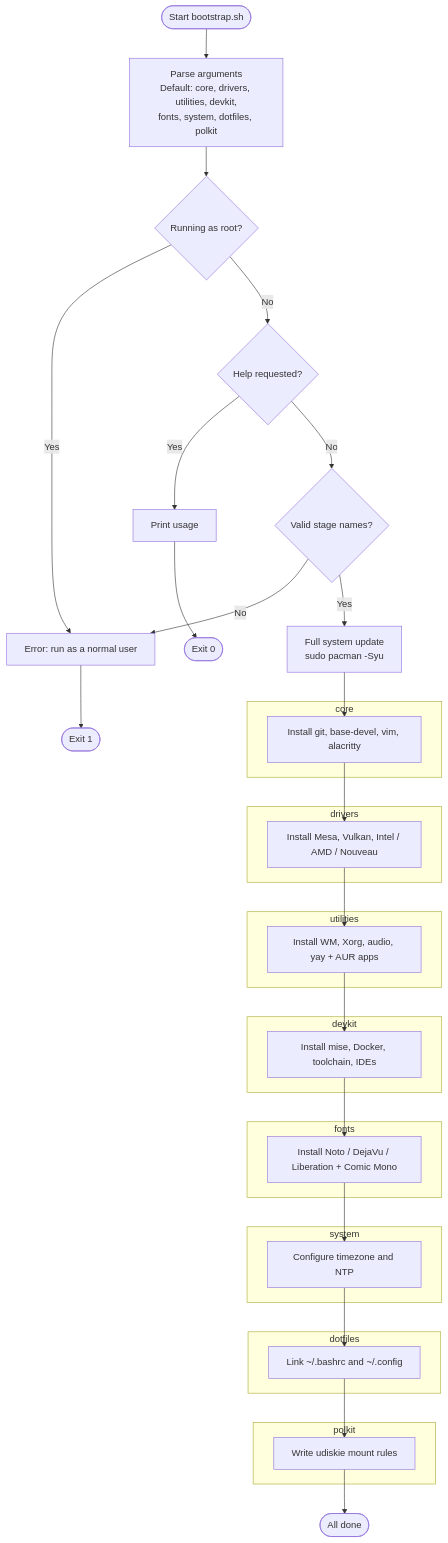
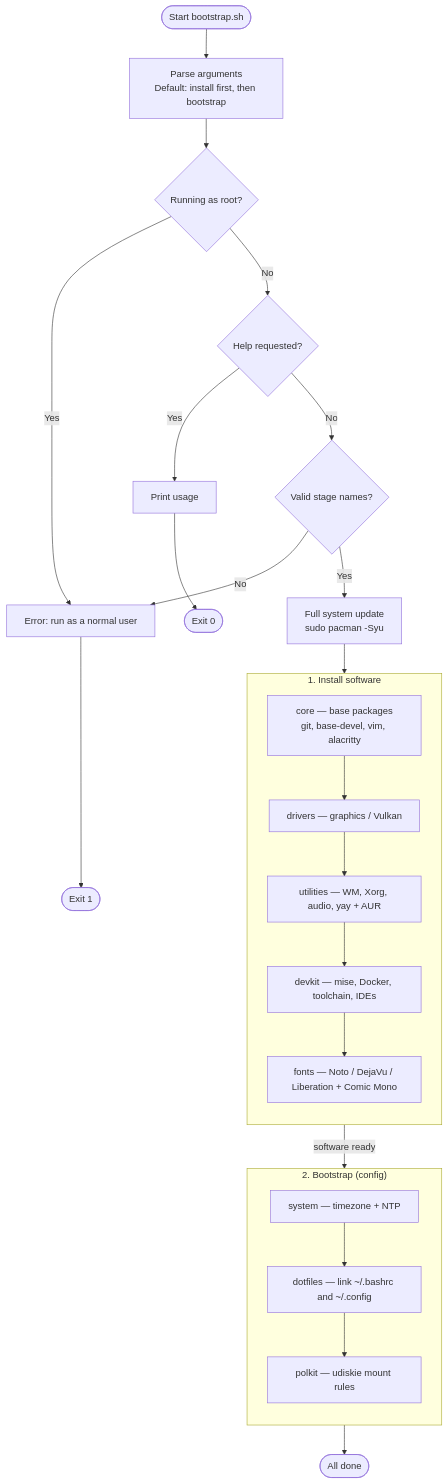
The diagram in linux/arch/ARCHITECTURE.md (phsnia/dotfiles), drawn with Mermaid before and after one commit. The commit also changed 8 other files, not shown here.

````diff
--- a/linux/arch/ARCHITECTURE.md
+++ b/linux/arch/ARCHITECTURE.md
@@ -1,42 +1,37 @@
 ```mermaid
 flowchart TD
-    START([Start bootstrap.sh]) --> ARGS["Parse arguments<br/>Default: core, drivers, utilities, devkit,<br/>fonts, system, dotfiles, polkit"]
+    START([Start bootstrap.sh]) --> ARGS["Parse arguments<br/>Default: install first, then bootstrap"]
     ARGS --> ROOT{Running as root?}
     ROOT -->|Yes| ERR["Error: run as a normal user"]
     ROOT -->|No| HELP{Help requested?}
     HELP -->|Yes| USAGE["Print usage"]
     USAGE --> EXIT0([Exit 0])
     HELP -->|No| VALID{Valid stage names?}
     VALID -->|No| ERR
     VALID -->|Yes| UPDATE["Full system update<br/>sudo pacman -Syu"]
 
-    subgraph CORE["core"]
-        C1["Install git, base-devel, vim, alacritty"]
-    end
-    subgraph DRIVERS["drivers"]
-        D1["Install Mesa, Vulkan, Intel / AMD / Nouveau"]
-    end
-    subgraph UTILITIES["utilities"]
-        U1["Install WM, Xorg, audio, yay + AUR apps"]
-    end
-    subgraph DEVKIT["devkit"]
-        K1["Install mise, Docker, toolchain, IDEs"]
-    end
-    subgraph FONTS["fonts"]
-        F1["Install Noto / DejaVu / Liberation + Comic Mono"]
-    end
-    subgraph SYSTEM["system"]
-        S1["Configure timezone and NTP"]
-    end
-    subgraph DOTFILES["dotfiles"]
-        DF1["Link ~/.bashrc and ~/.config"]
-    end
-    subgraph POLKIT["polkit"]
-        P1["Write udiskie mount rules"]
+    UPDATE --> CORE
+
+    subgraph INSTALL["1. Install software"]
+        direction TB
+        CORE["core — base packages<br/>git, base-devel, vim, alacritty"]
+        DRIVERS["drivers — graphics / Vulkan"]
+        UTILITIES["utilities — WM, Xorg, audio, yay + AUR"]
+        DEVKIT["devkit — mise, Docker, toolchain, IDEs"]
+        FONTS["fonts — Noto / DejaVu / Liberation + Comic Mono"]
+        CORE --> DRIVERS --> UTILITIES --> DEVKIT --> FONTS
     end
 
-    UPDATE --> C1
-    C1 --> D1 --> U1 --> K1 --> F1 --> S1 --> DF1 --> P1
-    P1 --> DONE([All done])
+    FONTS -->|"software ready"| SYSTEM
+
+    subgraph BOOTSTRAP["2. Bootstrap (config)"]
+        direction TB
+        SYSTEM["system — timezone + NTP"]
+        DOTFILES["dotfiles — link ~/.bashrc and ~/.config"]
+        POLKIT["polkit — udiskie mount rules"]
+        SYSTEM --> DOTFILES --> POLKIT
+    end
+
+    POLKIT --> DONE([All done])
     ERR --> EXIT1([Exit 1])
 ```
````
